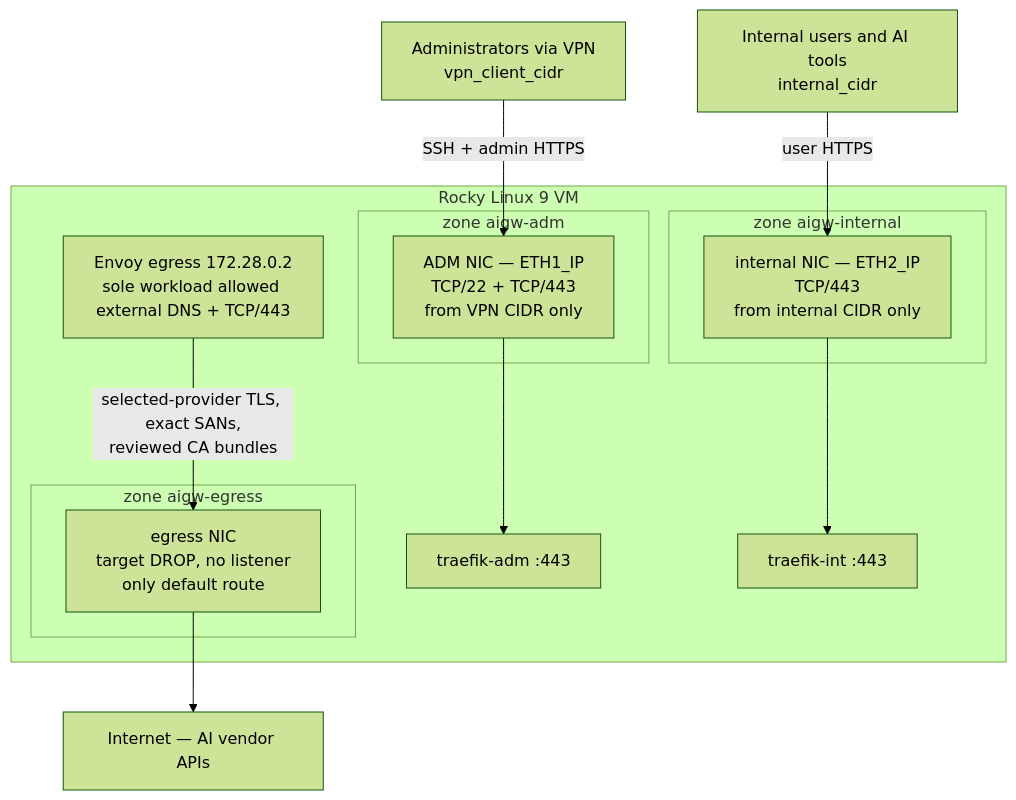
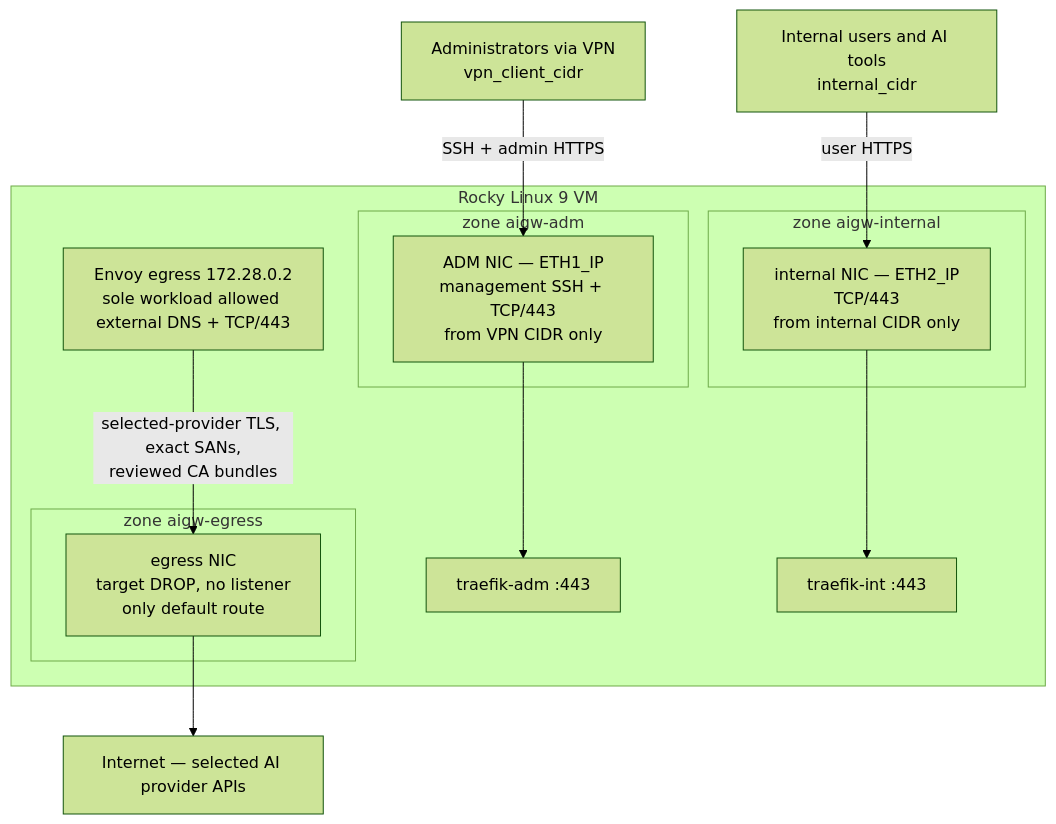
Before and after one commit to derhornspieler/ai-gateway: the first of 14 diagrams in docs/architecture-diagrams.md, drawn with Mermaid (forest theme). The commit also changed other lines of this file and 33 other files, not shown here.

````diff
--- a/docs/architecture-diagrams.md
+++ b/docs/architecture-diagrams.md
@@ -17,25 +37,25 @@
 ```mermaid
 flowchart TB
-  INET[Internet — AI vendor APIs]
+  INET[Internet — selected AI provider APIs]
   VPN[Administrators via VPN<br/>vpn_client_cidr]
   USERS[Internal users and AI tools<br/>internal_cidr]
 
   subgraph vm [Rocky Linux 9 VM]
     subgraph zegress [zone aigw-egress]
       NIC0[egress NIC<br/>target DROP, no listener<br/>only default route]
     end
     subgraph zadm [zone aigw-adm]
-      NIC1[ADM NIC — ETH1_IP<br/>TCP/22 + TCP/443<br/>from VPN CIDR only]
+      NIC1[ADM NIC — ETH1_IP<br/>management SSH + TCP/443<br/>from VPN CIDR only]
     end
     subgraph zint [zone aigw-internal]
       NIC2[internal NIC — ETH2_IP<br/>TCP/443<br/>from internal CIDR only]
     end
     EV[Envoy egress 172.28.0.2<br/>sole workload allowed external DNS + TCP/443]
     TA[traefik-adm :443]
     TI[traefik-int :443]
   end
 
   EV -->|selected-provider TLS, exact SANs,<br/>reviewed CA bundles| NIC0 --> INET
   VPN -->|SSH + admin HTTPS| NIC1 --> TA
   USERS -->|user HTTPS| NIC2 --> TI
 ```
````
